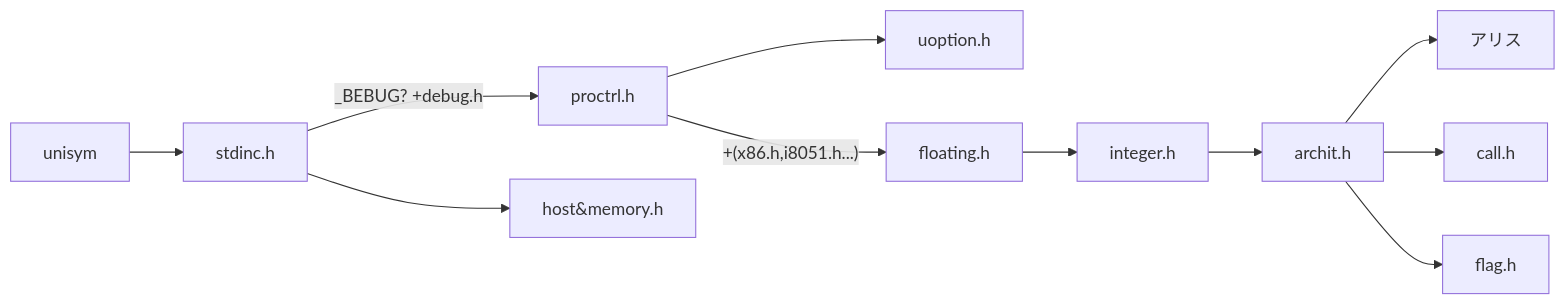
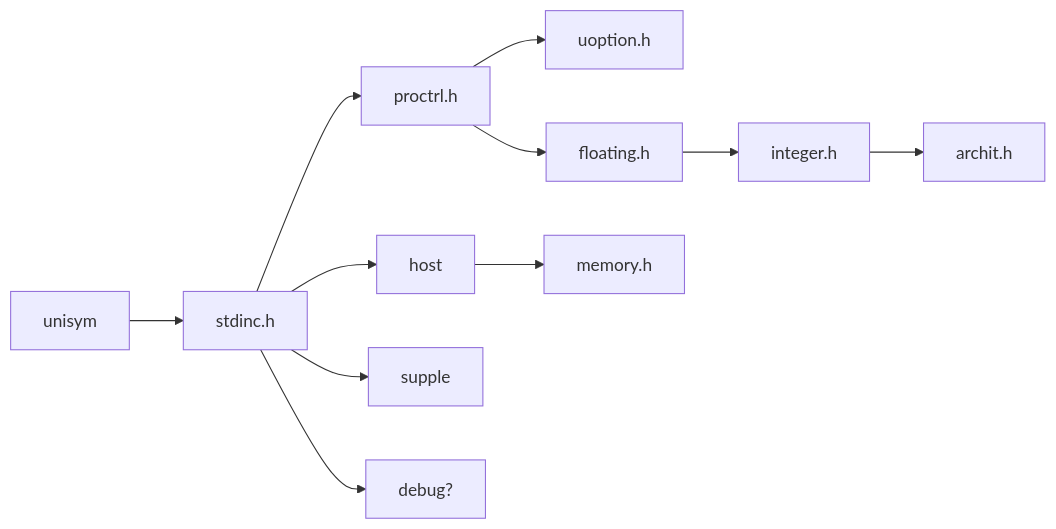
The second of 4 diagrams in doc/WEB/www.unisym.org/en/6-Depend.md (ArinaMgk/unisym), drawn with Mermaid before and after one commit. The commit also changed other lines of this file and 66 other files, not shown here.

````diff
--- a/doc/WEB/www.unisym.org/en/6-Depend.md
+++ b/doc/WEB/www.unisym.org/en/6-Depend.md
@@ -43,15 +43,14 @@
 ```mermaid
 graph LR
-	alice[アリス]
 	arch[archit.h]
-	arch-->alice
-	arch-->calling[call.h]
-	arch-->flag.h
 	proctrl[proctrl.h]
 	proctrl-->uoption.h
-	proctrl--+(x86.h,i8051.h...)-->floating.h-->integer.h-->arch
+	proctrl-->floating.h-->integer.h-->arch
 	stdinc[stdinc.h]
-	stdinc--"_BEBUG? +debug.h"-->proctrl
-	stdinc-->host&memory.h
+	stdinc-->proctrl
+	stdinc-->host
+	host-->memory.h
+	stdinc-->supple
+	stdinc-->debug?
 	unisym-->stdinc
 ```
````
